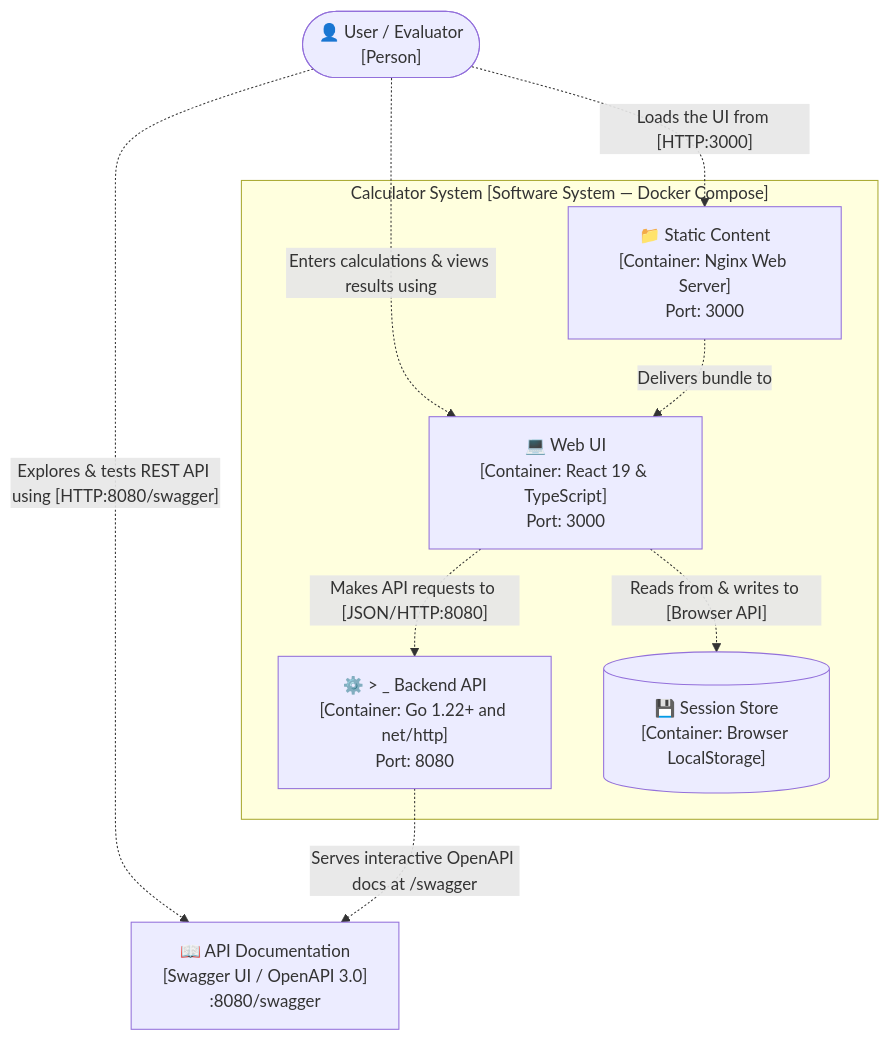
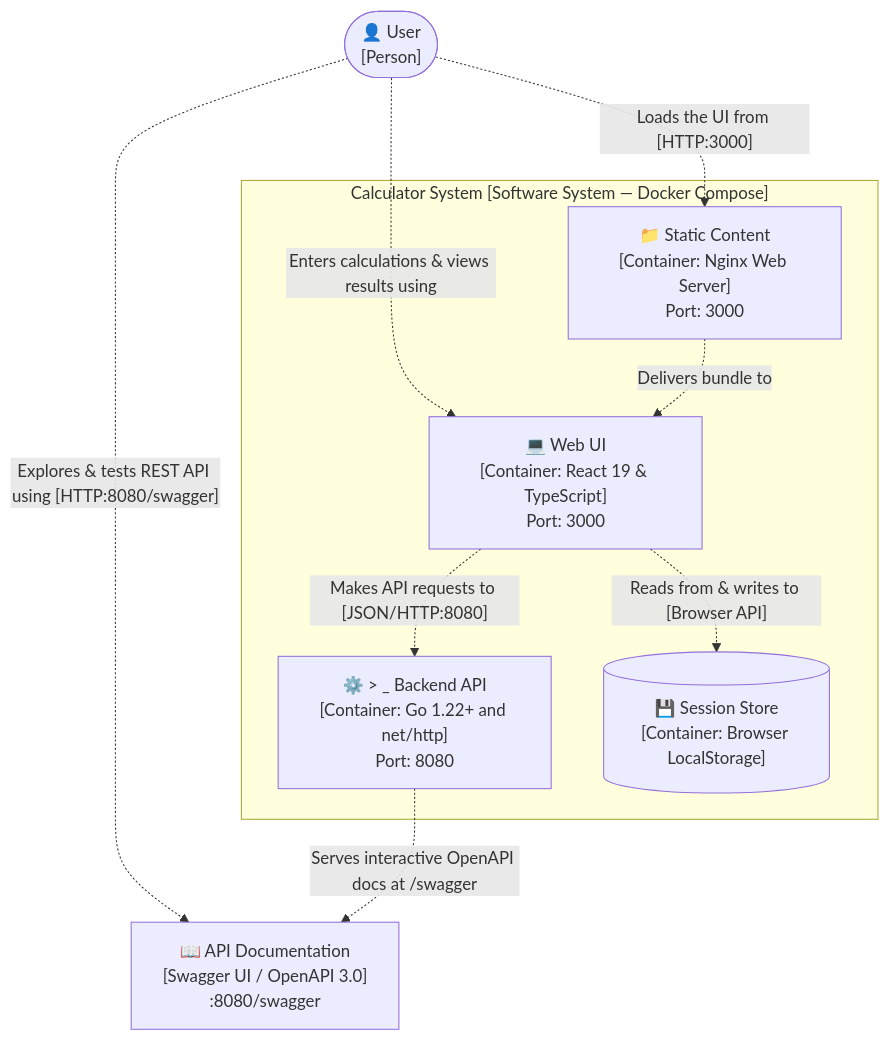
Before and after one commit to Valeriatm06/Calculator: the first of 2 diagrams in README.md, drawn with Mermaid. The commit also changed 2 other files, not shown here.

Commit message:
docs: normalize User actor in C4 diagrams as general application user

````diff
--- a/README.md
+++ b/README.md
@@ -42,21 +42,21 @@
 ```mermaid
 graph TD
-    User(["👤 User / Evaluator<br/>[Person]"])
+    User(["👤 User<br/>[Person]"])
     
     subgraph CalculatorSystem ["Calculator System [Software System — Docker Compose]"]
         StaticContent["📁 Static Content<br/>[Container: Nginx Web Server]<br/>Port: 3000"]
         WebUI["💻 Web UI<br/>[Container: React 19 & TypeScript]<br/>Port: 3000"]
         BackendAPI["⚙️ > _ Backend API<br/>[Container: Go 1.22+ and net/http]<br/>Port: 8080"]
         SessionStore[("💾 Session Store<br/>[Container: Browser LocalStorage]")]
     end
 
     Swagger["📖 API Documentation<br/>[Swagger UI / OpenAPI 3.0]<br/>:8080/swagger"]
 
     User -.->|"Loads the UI from [HTTP:3000]"| StaticContent
     User -.->|"Enters calculations & views results using"| WebUI
     User -.->|"Explores & tests REST API using [HTTP:8080/swagger]"| Swagger
     StaticContent -.->|"Delivers bundle to"| WebUI
     WebUI -.->|"Makes API requests to [JSON/HTTP:8080]"| BackendAPI
     WebUI -.->|"Reads from & writes to [Browser API]"| SessionStore
     BackendAPI -.->|"Serves interactive OpenAPI docs at /swagger"| Swagger
 ```
````
